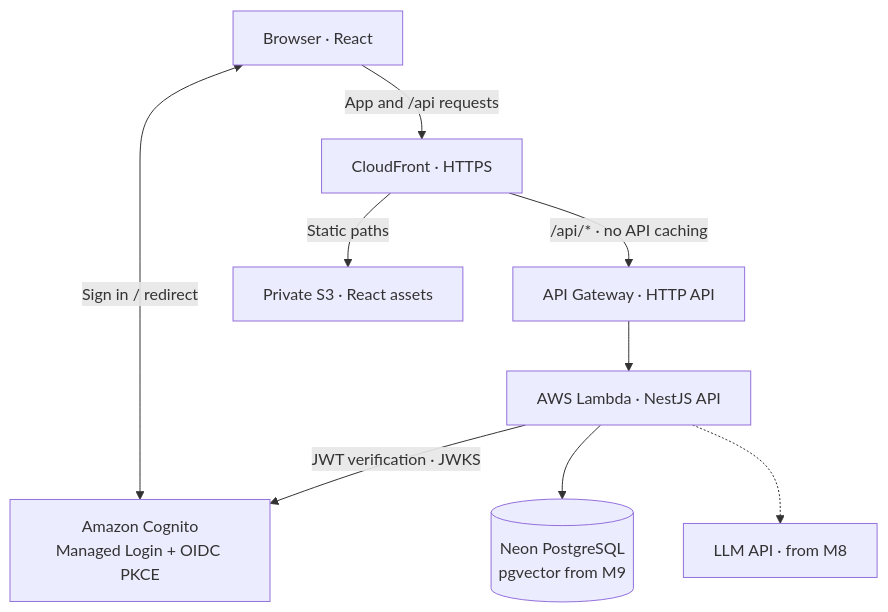
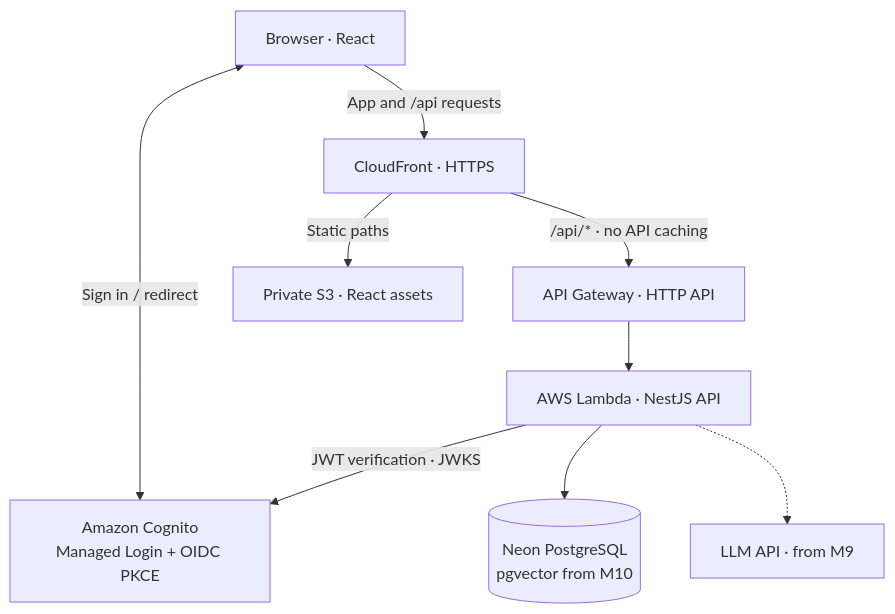
Before and after one commit to MingxuanHu/ai-sales-operations: the first of 2 diagrams in docs/architecture/system.md, drawn with Mermaid. The commit also changed 4 other files, not shown here.

Commit message:
docs: add GraphQL order details milestone (#3)

````diff
--- a/docs/architecture/system.md
+++ b/docs/architecture/system.md
@@ -7,20 +7,20 @@
 ```mermaid
 flowchart TB
     Browser["Browser · React"]
     Cognito["Amazon Cognito<br/>Managed Login + OIDC PKCE"]
     CF["CloudFront · HTTPS"]
     S3["Private S3 · React assets"]
     APIGW["API Gateway · HTTP API"]
     Lambda["AWS Lambda · NestJS API"]
-    DB[("Neon PostgreSQL<br/>pgvector from M9")]
-    Model["LLM API · from M8"]
+    DB[("Neon PostgreSQL<br/>pgvector from M10")]
+    Model["LLM API · from M9"]
 
     Browser <-->|"Sign in / redirect"| Cognito
     Browser -->|"App and /api requests"| CF
     CF -->|"Static paths"| S3
     CF -->|"/api/* · no API caching"| APIGW
     APIGW --> Lambda
     Lambda -->|"JWT verification · JWKS"| Cognito
     Lambda --> DB
     Lambda -.-> Model
 ```
````
